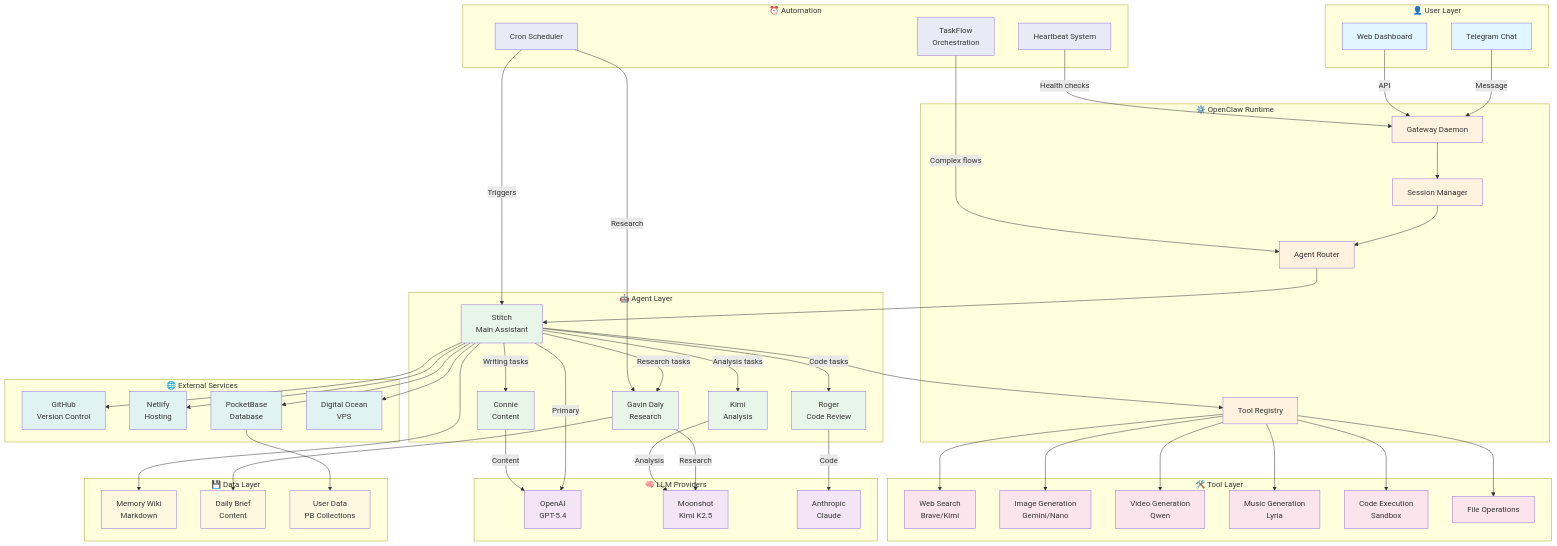
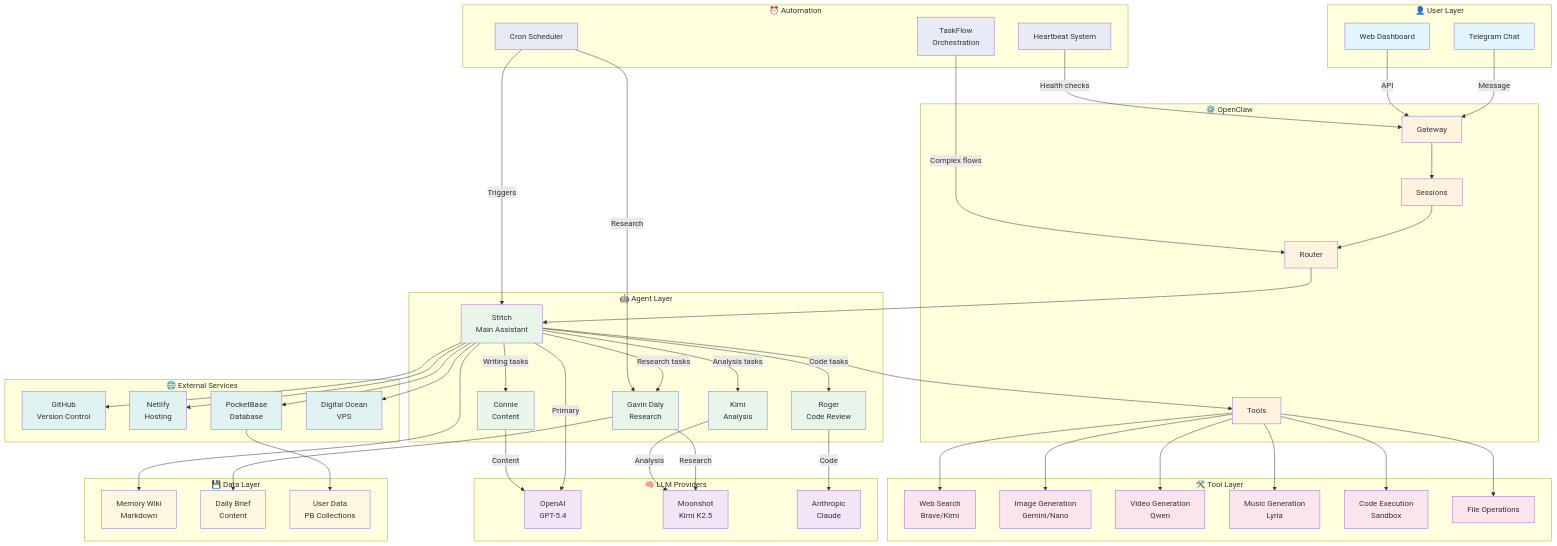
One commit to stitchbradyomf-lab/kaihamil changed the diagram in diagrams/openclaw-architecture.mmd. Above: the diagram before and after it, drawn with Mermaid. The commit also changed 5 other files, not shown here.

Commit message:
Fix OpenClaw diagram sizing and add Gatefield HOA sample project with ownership separation

```diff
--- a/diagrams/openclaw-architecture.mmd
+++ b/diagrams/openclaw-architecture.mmd
@@ -1,121 +1,121 @@
 graph TB
     subgraph User["👤 User Layer"]
         Telegram["Telegram Chat"]
         WebApp["Web Dashboard"]
     end
 
-    subgraph OpenClaw["⚙️ OpenClaw Runtime"]
-        Gateway["Gateway Daemon"]
-        SessionMgr["Session Manager"]
-        AgentRouter["Agent Router"]
-        ToolRegistry["Tool Registry"]
+    subgraph OpenClaw["⚙️ OpenClaw"]
+        Gateway["Gateway"]
+        SessionMgr["Sessions"]
+        AgentRouter["Router"]
+        ToolRegistry["Tools"]
     end
 
     subgraph Agents["🤖 Agent Layer"]
         Stitch["Stitch<br/>Main Assistant"]
         Gavin["Gavin Daly<br/>Research"]
         Kimi["Kimi<br/>Analysis"]
         Roger["Roger<br/>Code Review"]
         Connie["Connie<br/>Content"]
     end
 
     subgraph LLMs["🧠 LLM Providers"]
         OpenAI["OpenAI<br/>GPT-5.4"]
         Moonshot["Moonshot<br/>Kimi K2.5"]
         Anthropic["Anthropic<br/>Claude"]
     end
 
     subgraph Tools["🛠️ Tool Layer"]
         WebSearch["Web Search<br/>Brave/Kimi"]
         ImageGen["Image Generation<br/>Gemini/Nano"]
         VideoGen["Video Generation<br/>Qwen"]
         MusicGen["Music Generation<br/>Lyria"]
         CodeExec["Code Execution<br/>Sandbox"]
         FileOps["File Operations"]
     end
 
     subgraph External["🌐 External Services"]
         GitHub["GitHub<br/>Version Control"]
         Netlify["Netlify<br/>Hosting"]
         PocketBase["PocketBase<br/>Database"]
         DigitalOcean["Digital Ocean<br/>VPS"]
     end
 
     subgraph Data["💾 Data Layer"]
         MemoryWiki["Memory Wiki<br/>Markdown"]
         DailyBrief["Daily Brief<br/>Content"]
         UserData["User Data<br/>PB Collections"]
     end
 
     subgraph Automation["⏰ Automation"]
         Cron["Cron Scheduler"]
         Heartbeat["Heartbeat System"]
         TaskFlow["TaskFlow<br/>Orchestration"]
     end
 
     %% User interactions
     Telegram -->|Message| Gateway
     WebApp -->|API| Gateway
 
     %% OpenClaw routing
     Gateway --> SessionMgr
     SessionMgr --> AgentRouter
     AgentRouter --> Stitch
     
     %% Agent specialization
     Stitch -->|Research tasks| Gavin
     Stitch -->|Analysis tasks| Kimi
     Stitch -->|Code tasks| Roger
     Stitch -->|Writing tasks| Connie
     
     %% LLM routing
     Stitch -->|Primary| OpenAI
     Gavin -->|Research| Moonshot
     Kimi -->|Analysis| Moonshot
     Roger -->|Code| Anthropic
     Connie -->|Content| OpenAI
     
     %% Tool usage
     Stitch --> ToolRegistry
     ToolRegistry --> WebSearch
     ToolRegistry --> ImageGen
     ToolRegistry --> VideoGen
     ToolRegistry --> MusicGen
     ToolRegistry --> CodeExec
     ToolRegistry --> FileOps
     
     %% External integrations
     Stitch --> GitHub
     Stitch --> Netlify
     Stitch --> PocketBase
     Stitch --> DigitalOcean
     
     %% Data flow
     Stitch --> MemoryWiki
     Gavin --> DailyBrief
     PocketBase --> UserData
     
     %% Automation
     Cron -->|Triggers| Stitch
     Cron -->|Research| Gavin
     Heartbeat -->|Health checks| Gateway
     TaskFlow -->|Complex flows| AgentRouter
     
     %% Styling
     classDef userLayer fill:#e1f5fe
     classDef openclawLayer fill:#fff3e0
     classDef agentLayer fill:#e8f5e9
     classDef llmLayer fill:#f3e5f5
     classDef toolLayer fill:#fce4ec
     classDef externalLayer fill:#e0f2f1
     classDef dataLayer fill:#fff8e1
     classDef autoLayer fill:#e8eaf6
     
     class Telegram,WebApp userLayer
     class Gateway,SessionMgr,AgentRouter,ToolRegistry openclawLayer
     class Stitch,Gavin,Kimi,Roger,Connie agentLayer
     class OpenAI,Moonshot,Anthropic llmLayer
     class WebSearch,ImageGen,VideoGen,MusicGen,CodeExec,FileOps toolLayer
     class GitHub,Netlify,PocketBase,DigitalOcean externalLayer
     class MemoryWiki,DailyBrief,UserData dataLayer
     class Cron,Heartbeat,TaskFlow autoLayer
```
